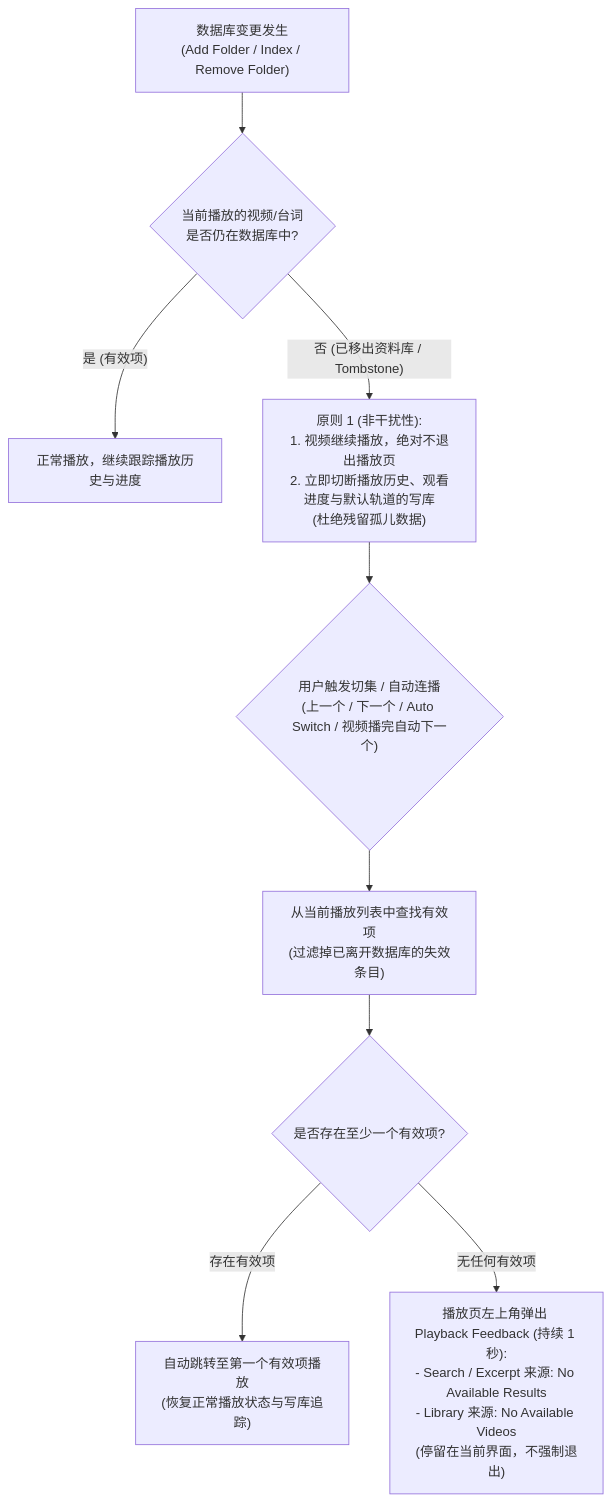
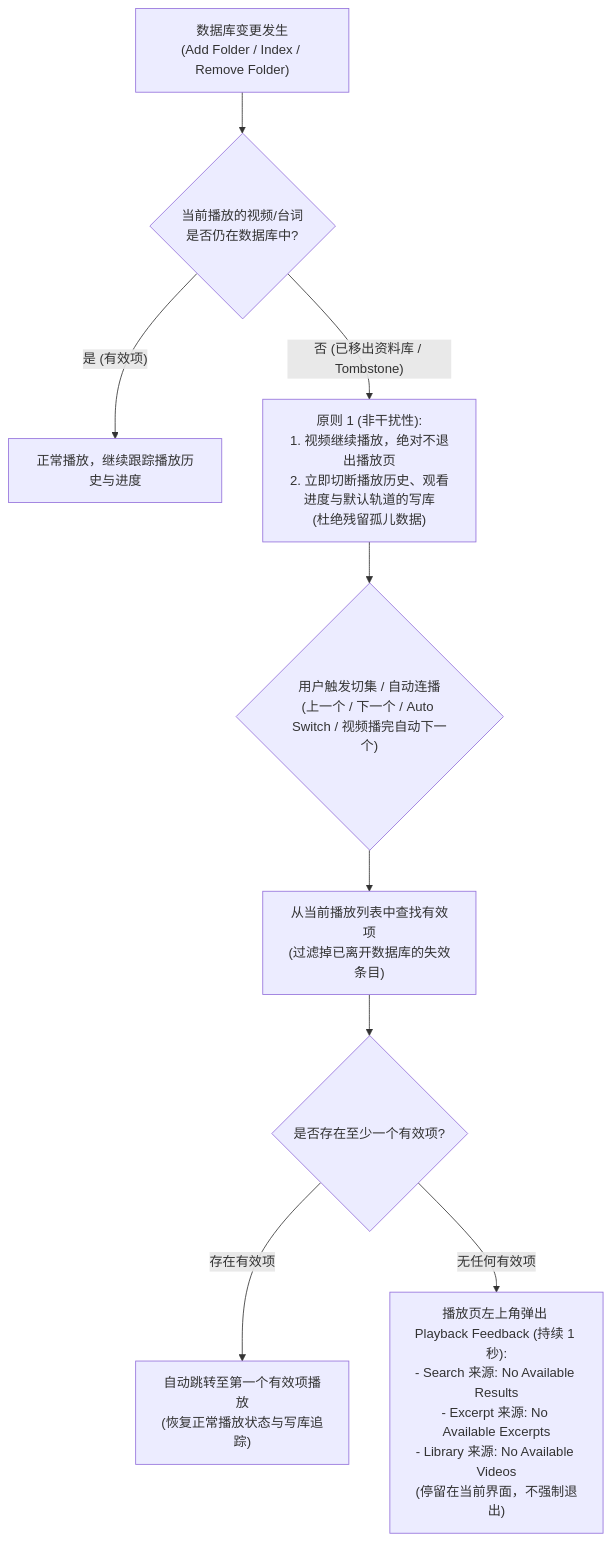
Before and after one commit to weiyunjun/cueseeker: the second of 4 diagrams in docs/human/design/playback/Playback Edge Cases.md, drawn with Mermaid. The commit also changed other lines of this file and 7 other files, not shown here.

````diff
--- a/docs/human/design/playback/Playback Edge Cases.md
+++ b/docs/human/design/playback/Playback Edge Cases.md
@@ -57,15 +57,15 @@
 ```mermaid
 flowchart TD
     DBMutate["数据库变更发生<br>(Add Folder / Index / Remove Folder)"] --> CheckCurrent{"当前播放的视频/台词<br>是否仍在数据库中?"}
 
     CheckCurrent -- "是 (有效项)" --> KeepPlaying["正常播放，继续跟踪播放历史与进度"]
     CheckCurrent -- "否 (已移出资料库 / Tombstone)" --> StalePlaying["原则 1 (非干扰性):<br>1. 视频继续播放，绝对不退出播放页<br>2. 立即切断播放历史、观看进度与默认轨道的写库<br>(杜绝残留孤儿数据)"]
 
     StalePlaying --> UserNavAction{"用户触发切集 / 自动连播<br>(上一个 / 下一个 / Auto Switch / 视频播完自动下一个)"}
 
     UserNavAction --> SearchNext["从当前播放列表中查找有效项<br>(过滤掉已离开数据库的失效条目)"]
     SearchNext --> FindValid{"是否存在至少一个有效项?"}
 
     FindValid -- "存在有效项" --> JumpValid["自动跳转至第一个有效项播放<br>(恢复正常播放状态与写库追踪)"]
-    FindValid -- "无任何有效项" --> NoValidFeedback["播放页左上角弹出 Playback Feedback (持续 1 秒):<br>- Search / Excerpt 来源: No Available Results<br>- Library 来源: No Available Videos<br>(停留在当前界面，不强制退出)"]
+    FindValid -- "无任何有效项" --> NoValidFeedback["播放页左上角弹出 Playback Feedback (持续 1 秒):<br>- Search 来源: No Available Results<br>- Excerpt 来源: No Available Excerpts<br>- Library 来源: No Available Videos<br>(停留在当前界面，不强制退出)"]
 ```
````
